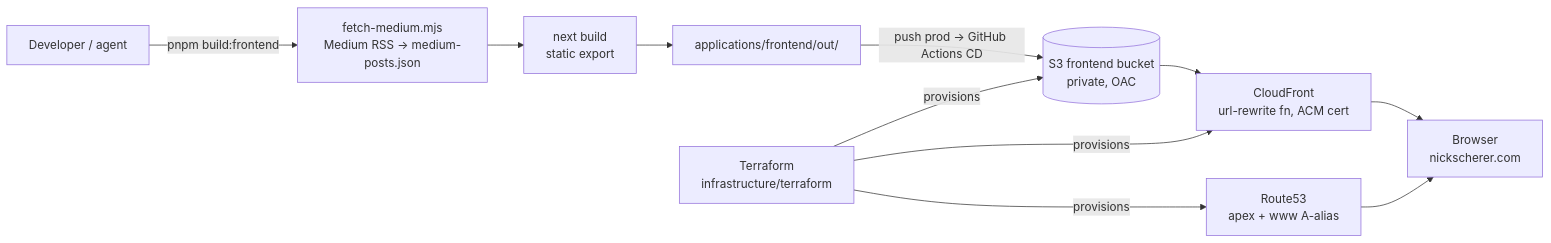
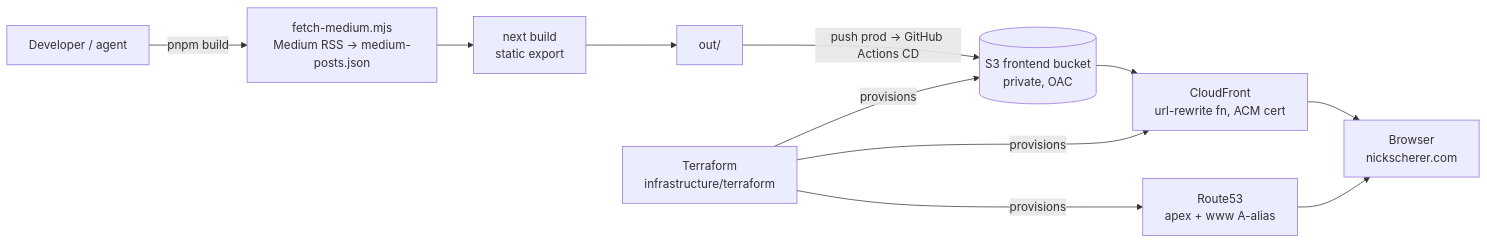
Before and after one commit to nickordoodle/nickscherer.com: the diagram in ARCHITECTURE.md, drawn with Mermaid. The commit also changed other lines of this file and 50 other files, not shown here.

````diff
--- a/ARCHITECTURE.md
+++ b/ARCHITECTURE.md
@@ -59,12 +58,12 @@
 ```mermaid
 flowchart LR
-  Dev[Developer / agent] -->|pnpm build:frontend| Fetch[fetch-medium.mjs<br/>Medium RSS → medium-posts.json]
+  Dev[Developer / agent] -->|pnpm build| Fetch[fetch-medium.mjs<br/>Medium RSS → medium-posts.json]
   Fetch --> Build[next build<br/>static export]
-  Build --> Out[applications/frontend/out/]
+  Build --> Out[out/]
   Out -->|push prod → GitHub Actions CD| S3[(S3 frontend bucket<br/>private, OAC)]
   TF[Terraform<br/>infrastructure/terraform] -->|provisions| S3
   TF -->|provisions| CF[CloudFront<br/>url-rewrite fn, ACM cert]
   TF -->|provisions| R53[Route53<br/>apex + www A-alias]
   S3 --> CF --> Visitor[Browser<br/>nickscherer.com]
   R53 --> Visitor
 ```
````
